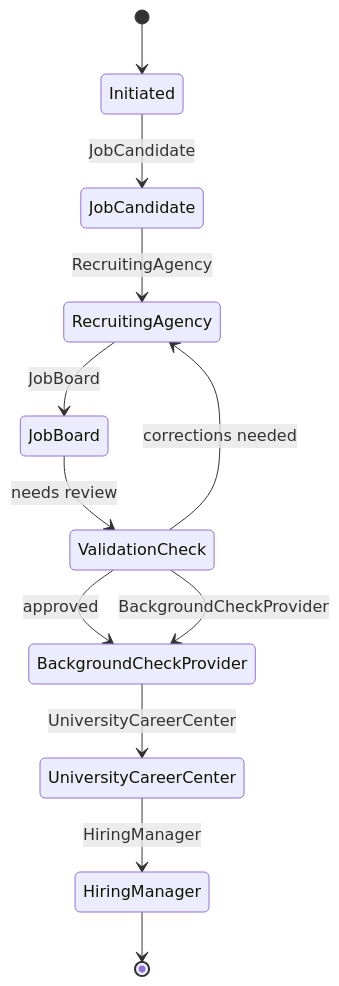
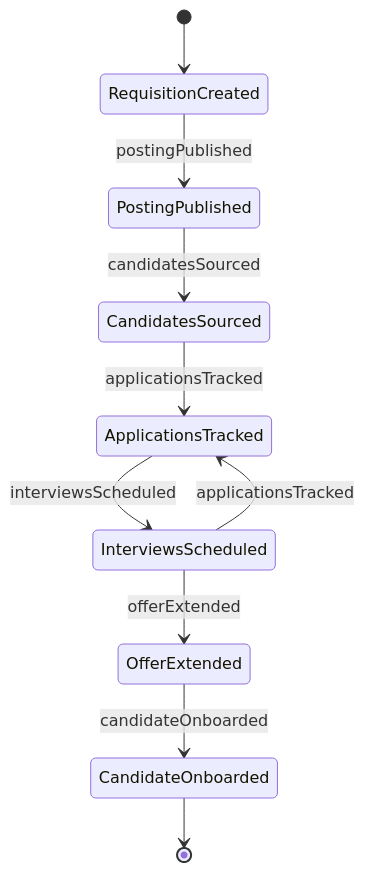
Before and after one commit to dot-org-ai/tasks.org.ai: the second of 4 diagrams in GuidingDirectingAndMotivatingSubordinates/ManageHumanResourcesActivities/CoordinatePersonnelRecruitmentActivities.mdx, drawn with Mermaid. The commit also changed other lines of this file and 515 other files, not shown here.

````diff
--- a/GuidingDirectingAndMotivatingSubordinates/ManageHumanResourcesActivities/CoordinatePersonnelRecruitmentActivities.mdx
+++ b/GuidingDirectingAndMotivatingSubordinates/ManageHumanResourcesActivities/CoordinatePersonnelRecruitmentActivities.mdx
@@ -104,14 +101,12 @@
 ```mermaid
 stateDiagram-v2
-    [*] --> Initiated
-    Initiated --> JobCandidate: JobCandidate
-    JobCandidate --> RecruitingAgency: RecruitingAgency
-    RecruitingAgency --> JobBoard: JobBoard
-    JobBoard --> ValidationCheck: needs review
-    ValidationCheck --> RecruitingAgency: corrections needed
-    ValidationCheck --> BackgroundCheckProvider: approved
-    ValidationCheck --> BackgroundCheckProvider: BackgroundCheckProvider
-    BackgroundCheckProvider --> UniversityCareerCenter: UniversityCareerCenter
-    UniversityCareerCenter --> HiringManager: HiringManager
-    HiringManager --> [*]
+    [*] --> RequisitionCreated
+    RequisitionCreated --> PostingPublished : postingPublished
+    PostingPublished --> CandidatesSourced : candidatesSourced
+    CandidatesSourced --> ApplicationsTracked : applicationsTracked
+    ApplicationsTracked --> InterviewsScheduled : interviewsScheduled
+    InterviewsScheduled --> ApplicationsTracked : applicationsTracked
+    InterviewsScheduled --> OfferExtended : offerExtended
+    OfferExtended --> CandidateOnboarded : candidateOnboarded
+    CandidateOnboarded --> [*]
 ```
````
